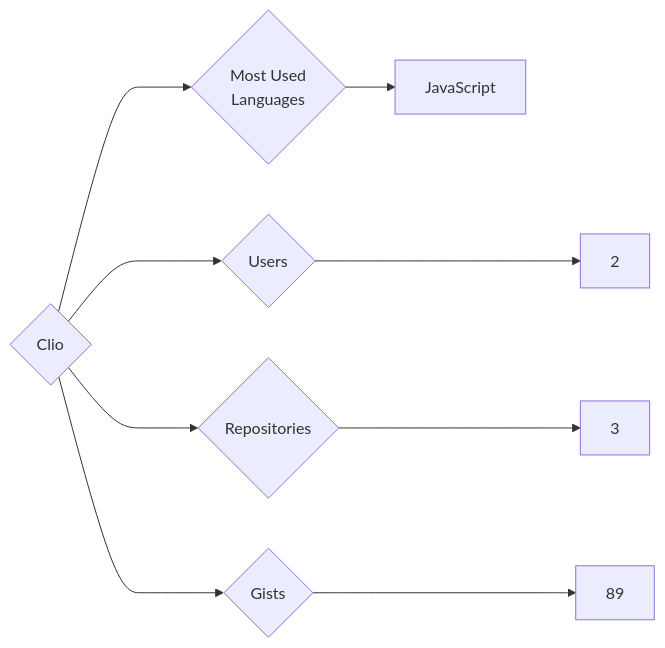
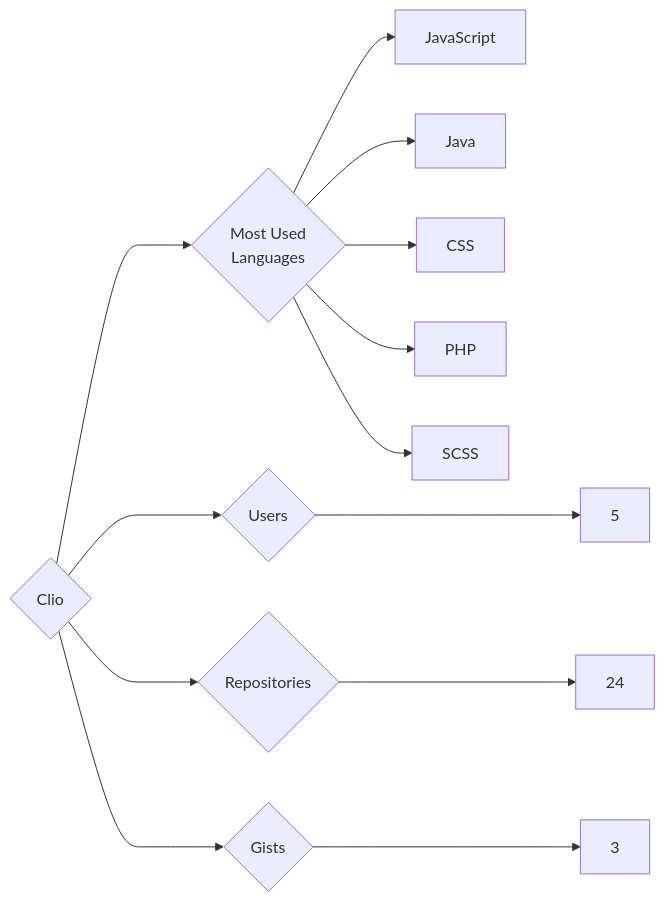
One commit to trickest/insiders changed the diagram in targets/Clio/README.md. Above: the diagram before and after it, drawn with Mermaid. The commit also changed 873 other files, not shown here.

````diff
--- a/targets/Clio/README.md
+++ b/targets/Clio/README.md
@@ -3,9 +3,13 @@
 ```mermaid
 graph LR
 COMPANY_NAME{Clio}
-COMPANY_NAME ---> U{Users} ---> UN[2]
-COMPANY_NAME ---> R{Repositories} ---> RN[3]
-COMPANY_NAME ---> G{Gists} ---> GN[89]
+COMPANY_NAME ---> U{Users} ---> UN[5]
+COMPANY_NAME ---> R{Repositories} ---> RN[24]
+COMPANY_NAME ---> G{Gists} ---> GN[3]
 COMPANY_NAME ---> ML{Most Used<br>Languages}
 ML --> JavaScript[JavaScript]
+ML --> Java[Java]
+ML --> CSS[CSS]
+ML --> PHP[PHP]
+ML --> SCSS[SCSS]
 ```
````
